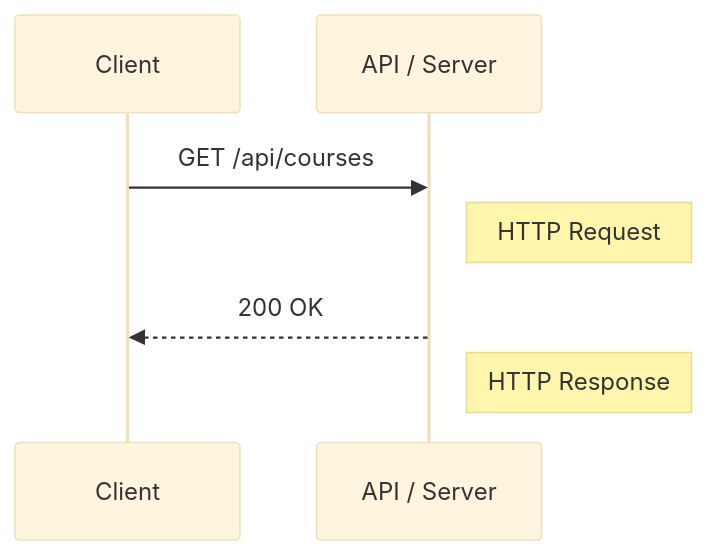
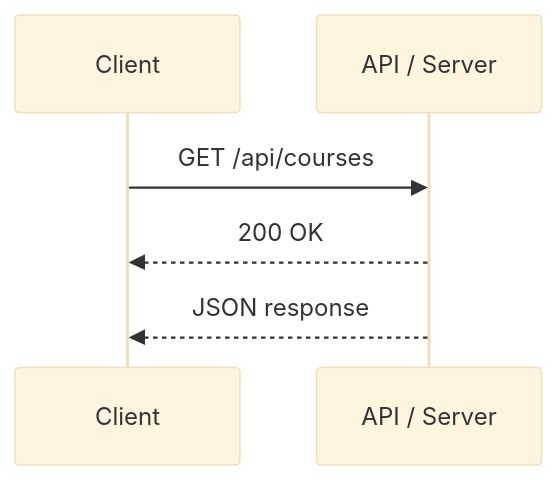
One commit to reltronersk/skill-wanderer-progress-documentation changed the fourth of 5 diagrams in module-0-1/README.md. Above: the diagram before and after it, drawn with Mermaid (base theme). The commit also changed other lines of this file, not shown here.

````diff
--- a/module-0-1/README.md
+++ b/module-0-1/README.md
@@ -211,10 +132,9 @@
-``` mermaid
+```mermaid
 sequenceDiagram
-    participant Client
-    participant API as API / Server
+    participant C as Client
+    participant S as API / Server
 
-    Client->>API: GET /api/courses
-    Note right of API: HTTP Request
-    API-->>Client: 200 OK
-    Note right of API: HTTP Response
+    C->>S: GET /api/courses
+    S-->>C: 200 OK
+    S-->>C: JSON response
 ```
````
